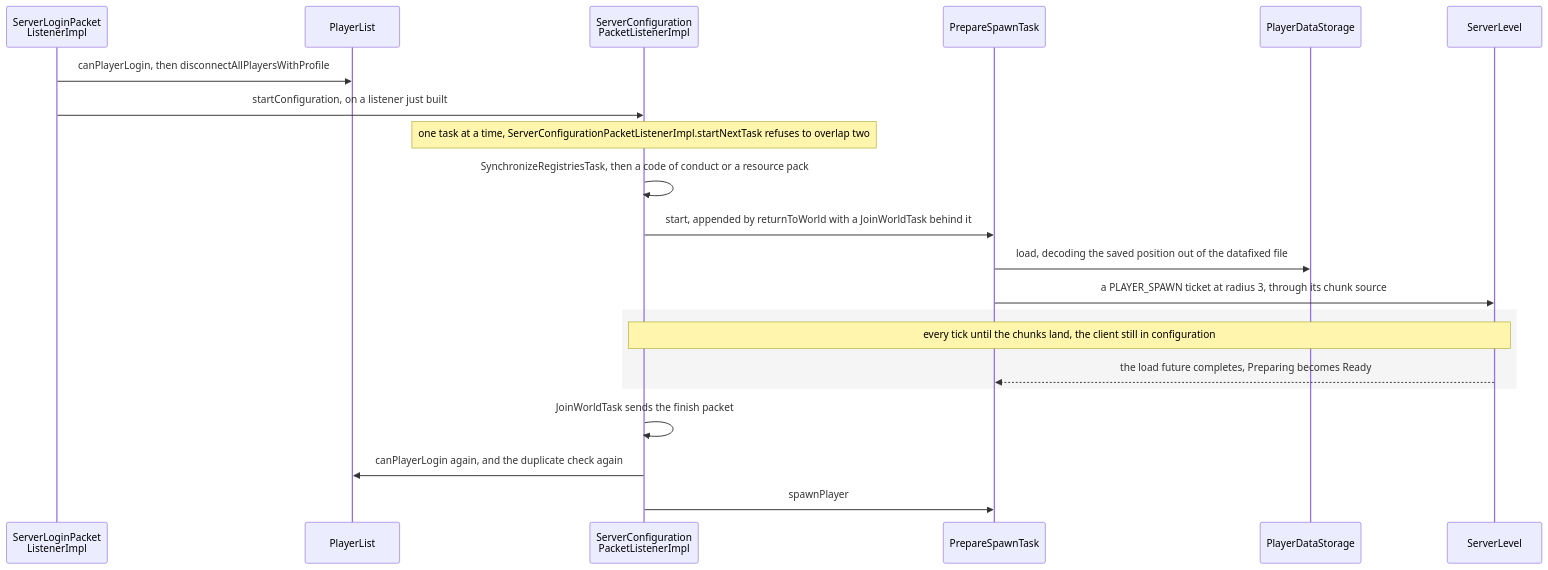
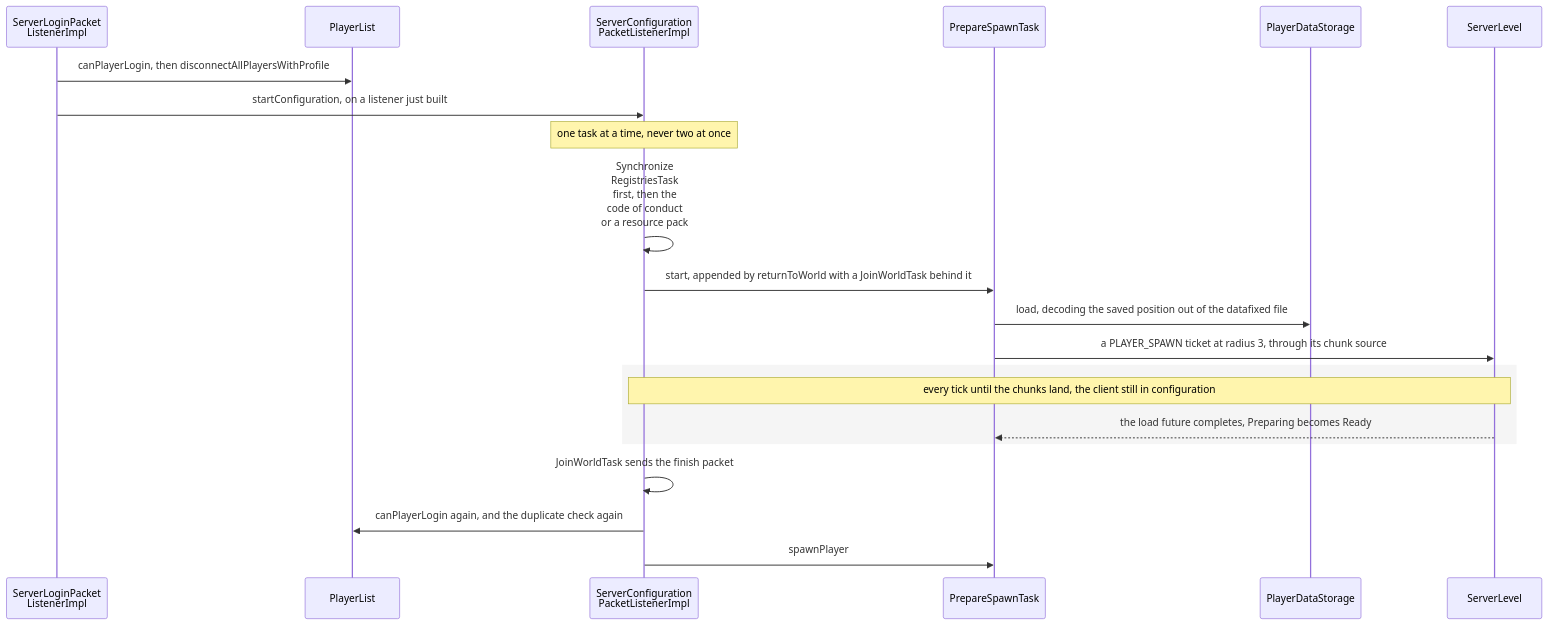
The first of 2 diagrams in src/systems/server/players-and-sessions.md (AlexanderjFraser/MinecraftDocs), drawn with Mermaid before and after one commit. The commit also changed 55 other files, not shown here.

First line of the commit message:
pass 7, session O — the close, before K: the figure gate strict, the landing figures read as one set, and one strike in thirty not borne out

````diff
--- a/src/systems/server/players-and-sessions.md
+++ b/src/systems/server/players-and-sessions.md
@@ -89,24 +89,24 @@
 ```mermaid
 sequenceDiagram
     participant SLPL as ServerLoginPacket<br/>ListenerImpl
     participant PL as PlayerList
     participant SCPL as ServerConfiguration<br/>PacketListenerImpl
     participant PST as PrepareSpawnTask
     participant PDS as PlayerDataStorage
     participant SL as ServerLevel
 
     SLPL->>PL: canPlayerLogin, then disconnectAllPlayersWithProfile
     SLPL->>SCPL: startConfiguration, on a listener just built
-    Note over SCPL: one task at a time, ServerConfigurationPacketListenerImpl.startNextTask refuses to overlap two
-    SCPL->>SCPL: SynchronizeRegistriesTask, then a code of conduct or a resource pack
+    Note over SCPL: one task at a time, never two at once
+    SCPL->>SCPL: Synchronize<br/>RegistriesTask<br/>first, then the<br/>code of conduct<br/>or a resource pack
     SCPL->>PST: start, appended by returnToWorld with a JoinWorldTask behind it
     PST->>PDS: load, decoding the saved position out of the datafixed file
     PST->>SL: a PLAYER_SPAWN ticket at radius 3, through its chunk source
     rect rgba(0, 0, 0, 0.04)
         Note over SCPL,SL: every tick until the chunks land, the client still in configuration
         SL-->>PST: the load future completes, Preparing becomes Ready
     end
     SCPL->>SCPL: JoinWorldTask sends the finish packet
     SCPL->>PL: canPlayerLogin again, and the duplicate check again
     SCPL->>PST: spawnPlayer
 ```
````
